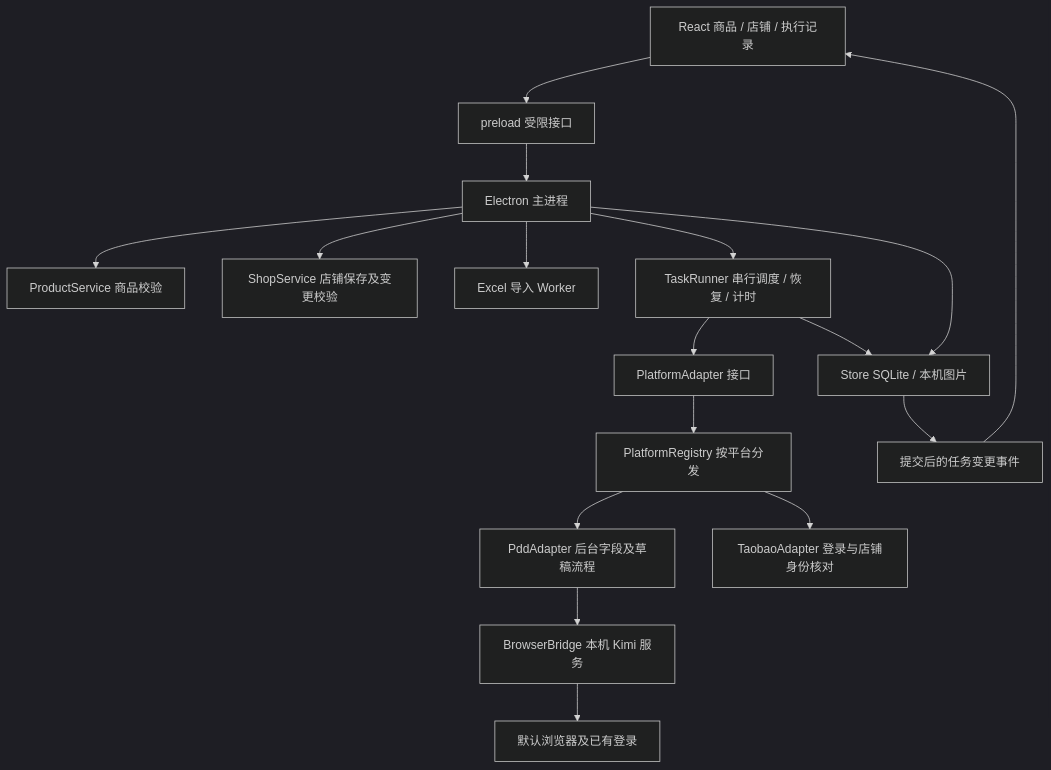
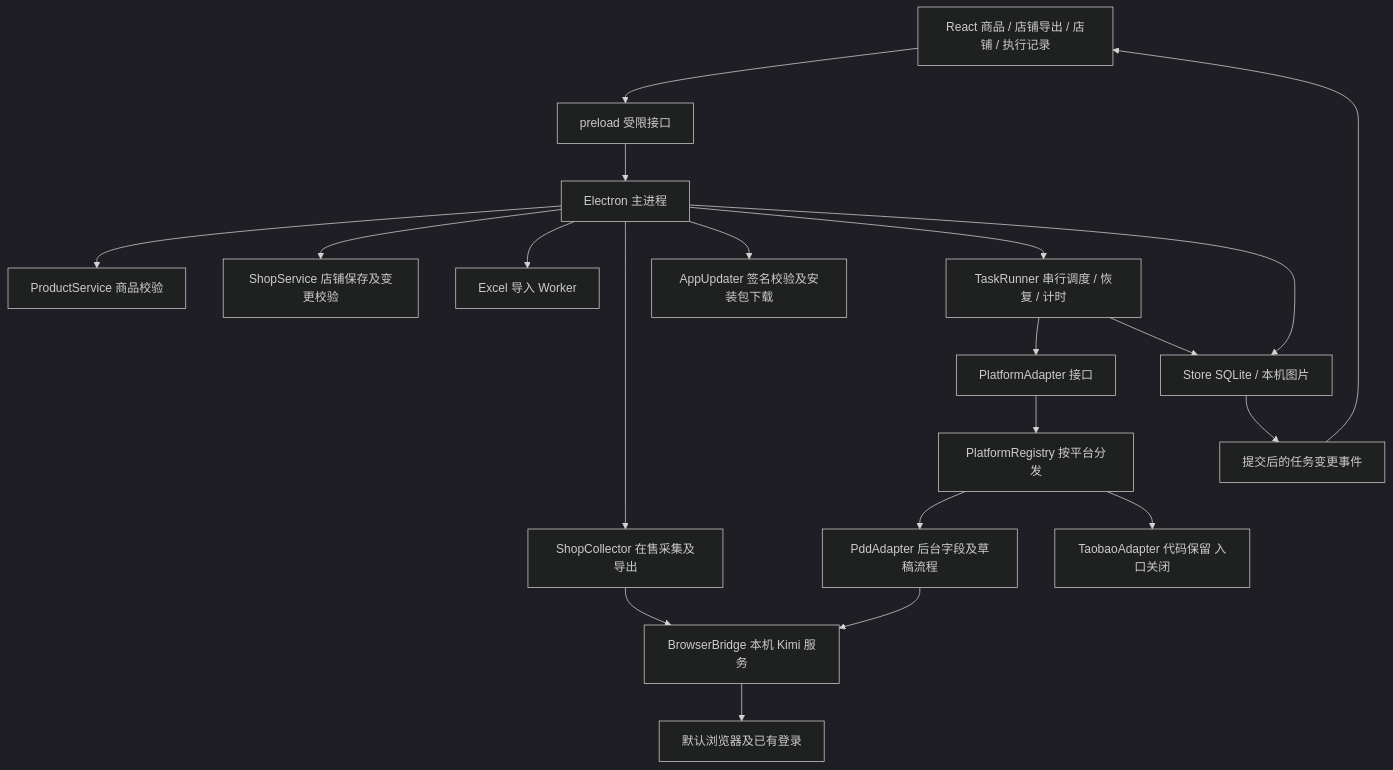
One commit to XXm222/pdd-batch-listing changed the diagram in 项目文档/02技术选型与架构.md. Above: the diagram before and after it, drawn with Mermaid (dark theme). The commit also changed other lines of this file and 11 other files, not shown here.

````diff
--- a/项目文档/02技术选型与架构.md
+++ b/项目文档/02技术选型与架构.md
@@ -26,19 +26,22 @@
 ```mermaid
 flowchart TD
-  UI[React 商品 / 店铺 / 执行记录] --> PRE[preload 受限接口]
+  UI[React 商品 / 店铺导出 / 店铺 / 执行记录] --> PRE[preload 受限接口]
   PRE --> MAIN[Electron 主进程]
   MAIN --> PRODUCT[ProductService 商品校验]
   MAIN --> SHOP[ShopService 店铺保存及变更校验]
   MAIN --> WORKER[Excel 导入 Worker]
+  MAIN --> COLLECT[ShopCollector 在售采集及导出]
+  MAIN --> UPDATE[AppUpdater 签名校验及安装包下载]
   MAIN --> RUNNER[TaskRunner 串行调度 / 恢复 / 计时]
   RUNNER --> ADAPTER[PlatformAdapter 接口]
   ADAPTER --> REG[PlatformRegistry 按平台分发]
   REG --> PDD[PddAdapter 后台字段及草稿流程]
-  REG --> TB[TaobaoAdapter 登录与店铺身份核对]
+  REG --> TB[TaobaoAdapter 代码保留 入口关闭]
+  COLLECT --> BRIDGE
   PDD --> BRIDGE[BrowserBridge 本机 Kimi 服务]
   BRIDGE --> CHROME[默认浏览器及已有登录]
   MAIN --> DB[Store SQLite / 本机图片]
   RUNNER --> DB
   DB --> EVENT[提交后的任务变更事件]
   EVENT --> UI
 ```
````
